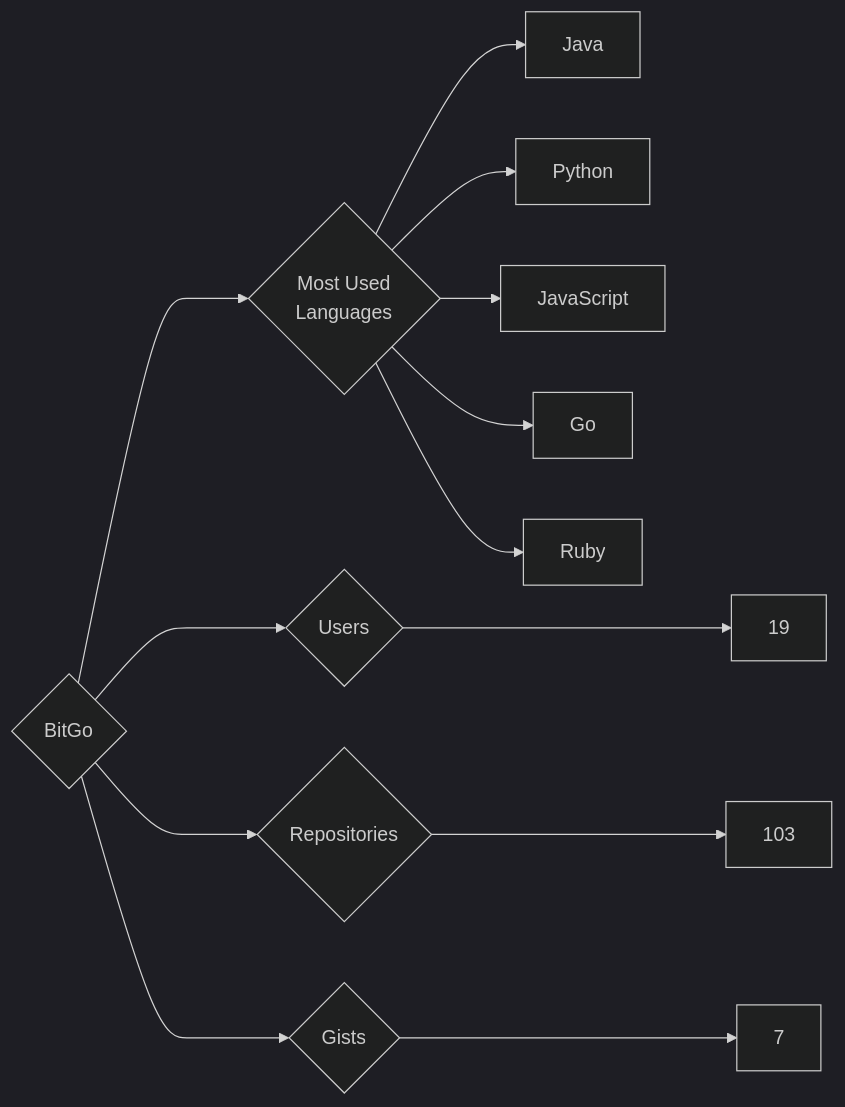
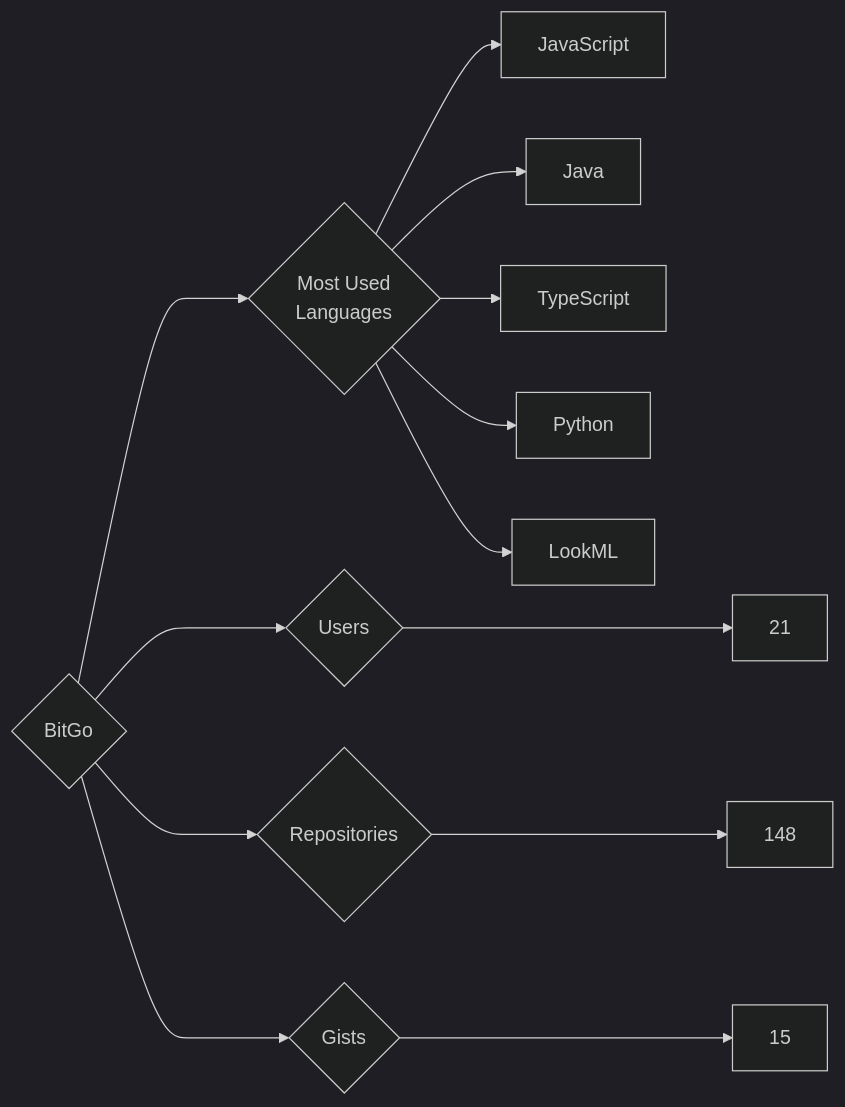
One commit to trickest/insiders changed the diagram in targets/BitGo/README.md. Above: the diagram before and after it, drawn with Mermaid (dark theme). The commit also changed 935 other files, not shown here.

````diff
--- a/targets/BitGo/README.md
+++ b/targets/BitGo/README.md
@@ -3,13 +3,13 @@
 ```mermaid
 graph LR
 COMPANY_NAME{BitGo}
-COMPANY_NAME ---> U{Users} ---> UN[19]
-COMPANY_NAME ---> R{Repositories} ---> RN[103]
-COMPANY_NAME ---> G{Gists} ---> GN[7]
+COMPANY_NAME ---> U{Users} ---> UN[21]
+COMPANY_NAME ---> R{Repositories} ---> RN[148]
+COMPANY_NAME ---> G{Gists} ---> GN[15]
 COMPANY_NAME ---> ML{Most Used<br>Languages}
+ML --> JavaScript[JavaScript]
 ML --> Java[Java]
+ML --> TypeScript[TypeScript]
 ML --> Python[Python]
-ML --> JavaScript[JavaScript]
-ML --> Go[Go]
-ML --> Ruby[Ruby]
+ML --> LookML[LookML]
 ```
````
